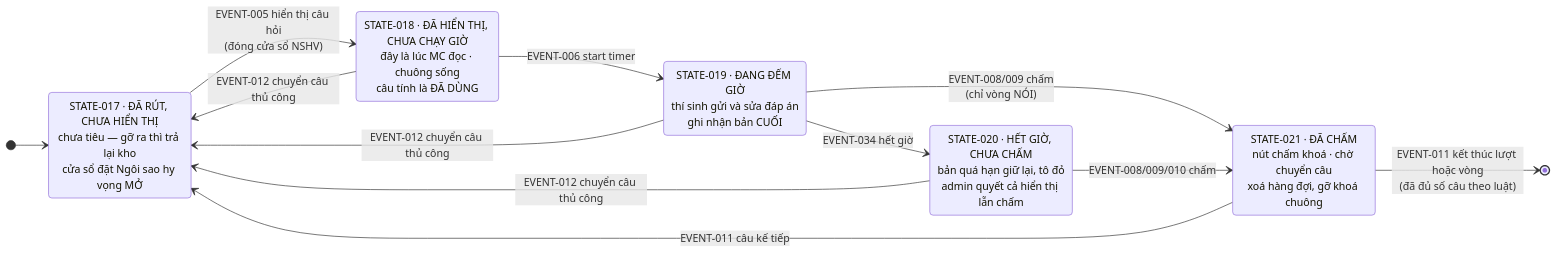
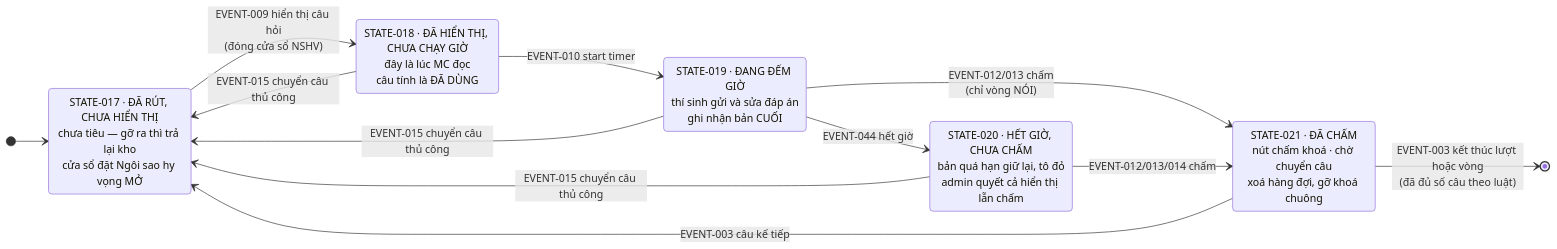
Before and after one commit to Noboroto/KnowledgeDome: the second of 8 diagrams in docs/game-state-machine.md, drawn with Mermaid. The commit also changed other lines of this file and 8 other files, not shown here.

````diff
--- a/docs/game-state-machine.md
+++ b/docs/game-state-machine.md
@@ -96,21 +97,21 @@
 ```mermaid
 stateDiagram-v2
   direction LR
   [*] --> S017
   S017: STATE-017 · ĐÃ RÚT, CHƯA HIỂN THỊ<br/>chưa tiêu — gỡ ra thì trả lại kho<br/>cửa sổ đặt Ngôi sao hy vọng MỞ
-  S018: STATE-018 · ĐÃ HIỂN THỊ, CHƯA CHẠY GIỜ<br/>đây là lúc MC đọc · chuông sống<br/>câu tính là ĐÃ DÙNG
+  S018: STATE-018 · ĐÃ HIỂN THỊ, CHƯA CHẠY GIỜ<br/>đây là lúc MC đọc<br/>câu tính là ĐÃ DÙNG
   S019: STATE-019 · ĐANG ĐẾM GIỜ<br/>thí sinh gửi và sửa đáp án<br/>ghi nhận bản CUỐI
   S020: STATE-020 · HẾT GIỜ, CHƯA CHẤM<br/>bản quá hạn giữ lại, tô đỏ<br/>admin quyết cả hiển thị lẫn chấm
   S021: STATE-021 · ĐÃ CHẤM<br/>nút chấm khoá · chờ chuyển câu<br/>xoá hàng đợi, gỡ khoá chuông
 
-  S017 --> S018: EVENT-005 hiển thị câu hỏi<br/>(đóng cửa sổ NSHV)
-  S018 --> S019: EVENT-006 start timer
-  S019 --> S020: EVENT-034 hết giờ
-  S019 --> S021: EVENT-008/009 chấm<br/>(chỉ vòng NÓI)
-  S020 --> S021: EVENT-008/009/010 chấm
-  S018 --> S017: EVENT-012 chuyển câu thủ công
-  S019 --> S017: EVENT-012 chuyển câu thủ công
-  S020 --> S017: EVENT-012 chuyển câu thủ công
-  S021 --> S017: EVENT-011 câu kế tiếp
-  S021 --> [*]: EVENT-011 kết thúc lượt hoặc vòng<br/>(đã đủ số câu theo luật)
+  S017 --> S018: EVENT-009 hiển thị câu hỏi<br/>(đóng cửa sổ NSHV)
+  S018 --> S019: EVENT-010 start timer
+  S019 --> S020: EVENT-044 hết giờ
+  S019 --> S021: EVENT-012/013 chấm<br/>(chỉ vòng NÓI)
+  S020 --> S021: EVENT-012/013/014 chấm
+  S018 --> S017: EVENT-015 chuyển câu thủ công
+  S019 --> S017: EVENT-015 chuyển câu thủ công
+  S020 --> S017: EVENT-015 chuyển câu thủ công
+  S021 --> S017: EVENT-003 câu kế tiếp
+  S021 --> [*]: EVENT-003 kết thúc lượt hoặc vòng<br/>(đã đủ số câu theo luật)
 ```
````
